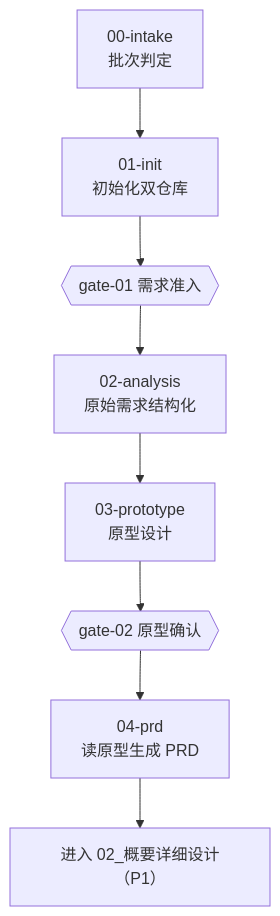
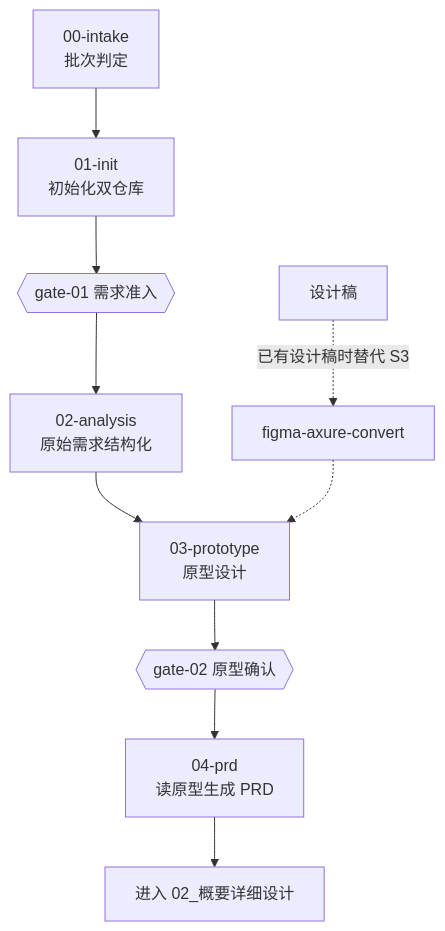
The diagram in 01_需求设计/README.md (lichengqun-dev/ai-work-spec), drawn with Mermaid before and after one commit. The commit also changed other lines of this file and 208 other files, not shown here.

````diff
--- a/01_需求设计/README.md
+++ b/01_需求设计/README.md
@@ -19,10 +25,12 @@
 ```mermaid
 graph TD
     S0["00-intake<br/>批次判定"] --> S1["01-init<br/>初始化双仓库"]
     S1 --> G1{{"gate-01 需求准入"}}
     G1 --> S2["02-analysis<br/>原始需求结构化"]
     S2 --> S3["03-prototype<br/>原型设计"]
     S3 --> G2{{"gate-02 原型确认"}}
     G2 --> S4["04-prd<br/>读原型生成 PRD"]
-    S4 --> NEXT["进入 02_概要详细设计（P1）"]
+    S4 --> NEXT["进入 02_概要详细设计"]
+    EXT["设计稿"] -.->|"已有设计稿时替代 S3"| FIG["figma-axure-convert"]
+    FIG -.-> S3
 ```
````
